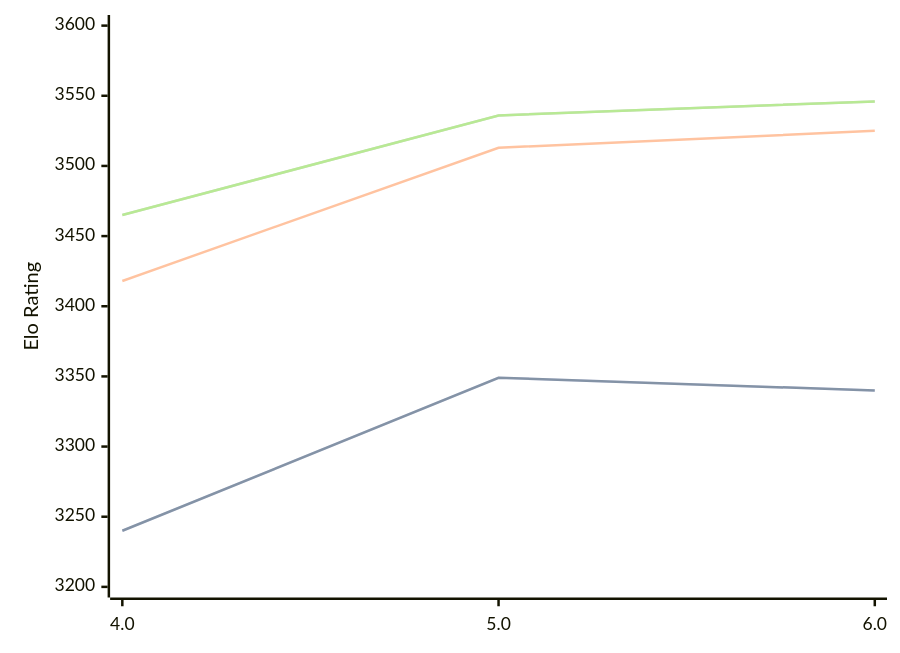
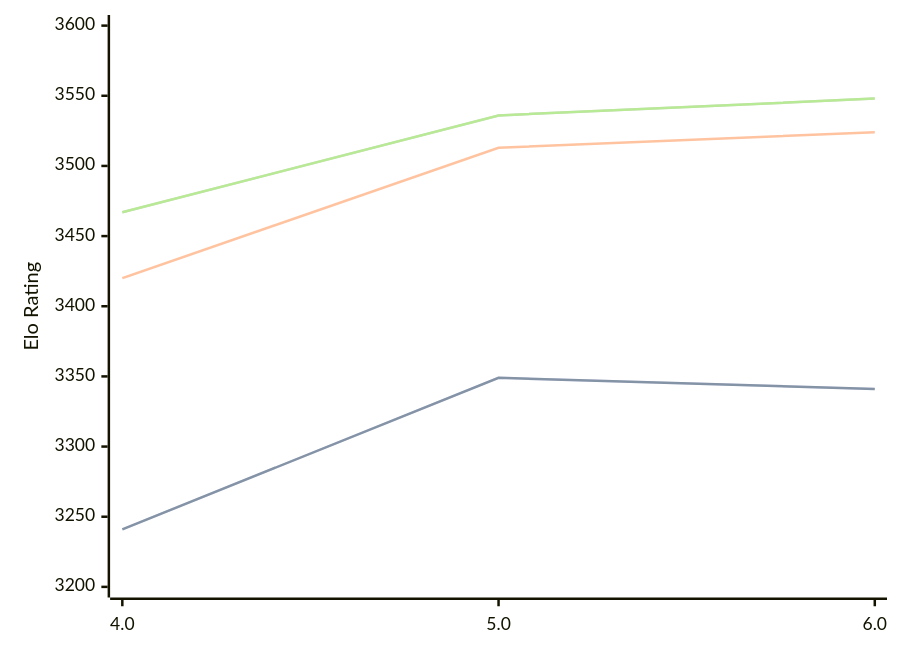
Before and after one commit to computer-chess-index/cci: the first of 3 diagrams in engines/Tarnished.md, drawn with Mermaid. The commit also changed other lines of this file, not shown here.

Commit message:
Update CCI Ratings (ELO VLTC) - 2026-06-24

````diff
--- a/engines/Tarnished.md
+++ b/engines/Tarnished.md
@@ -37,11 +37,11 @@
 ```mermaid
 %%{init: {"theme":"base","themeVariables":{"seriesColors:['#a3a3a3','#222221','#faa371']}}}%%
 xychart-beta
   x-axis ["4.0", "5.0", "6.0"]
   y-axis "Elo Rating" 3200 --> 3600
-  line "STC (8.0+0.08s)" [3240, 3349, 3340]
-  line "STC (8.0+0.08s)" [3240, 3349, 3340]
-  line "LTC (60.0+0.60s)" [3418, 3513, 3525]
-  line "VLTC (2m24s+1.12s)" [3465, 3536, 3546]
-  line "VLTC (2m24s+1.12s)" [3465, 3536, 3546]
+  line "STC (8.0+0.08s)" [3241, 3349, 3341]
+  line "STC (8.0+0.08s)" [3241, 3349, 3341]
+  line "LTC (60.0+0.60s)" [3420, 3513, 3524]
+  line "VLTC (2m24s+1.12s)" [3467, 3536, 3548]
+  line "VLTC (2m24s+1.12s)" [3467, 3536, 3548]
 ```
````
